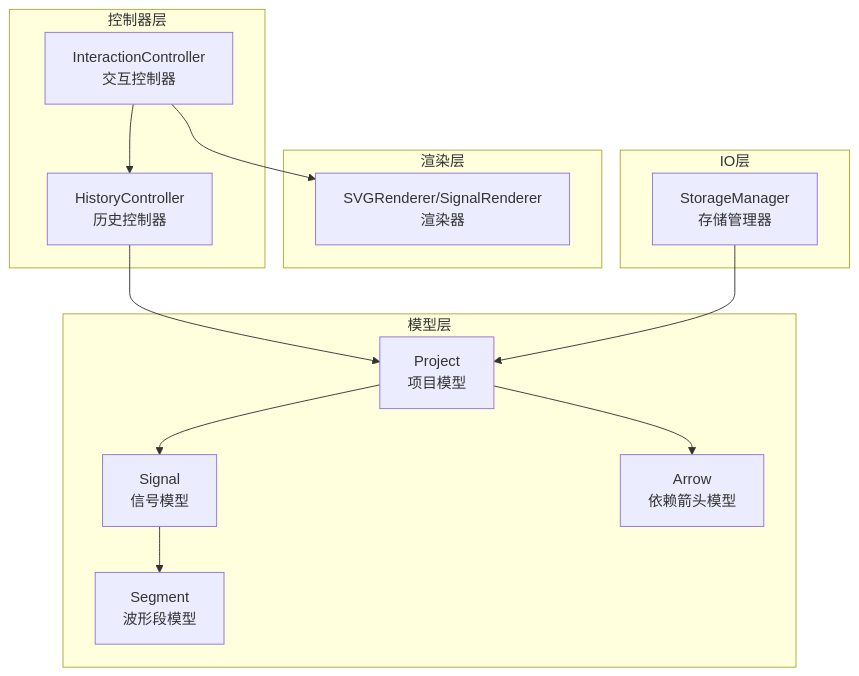
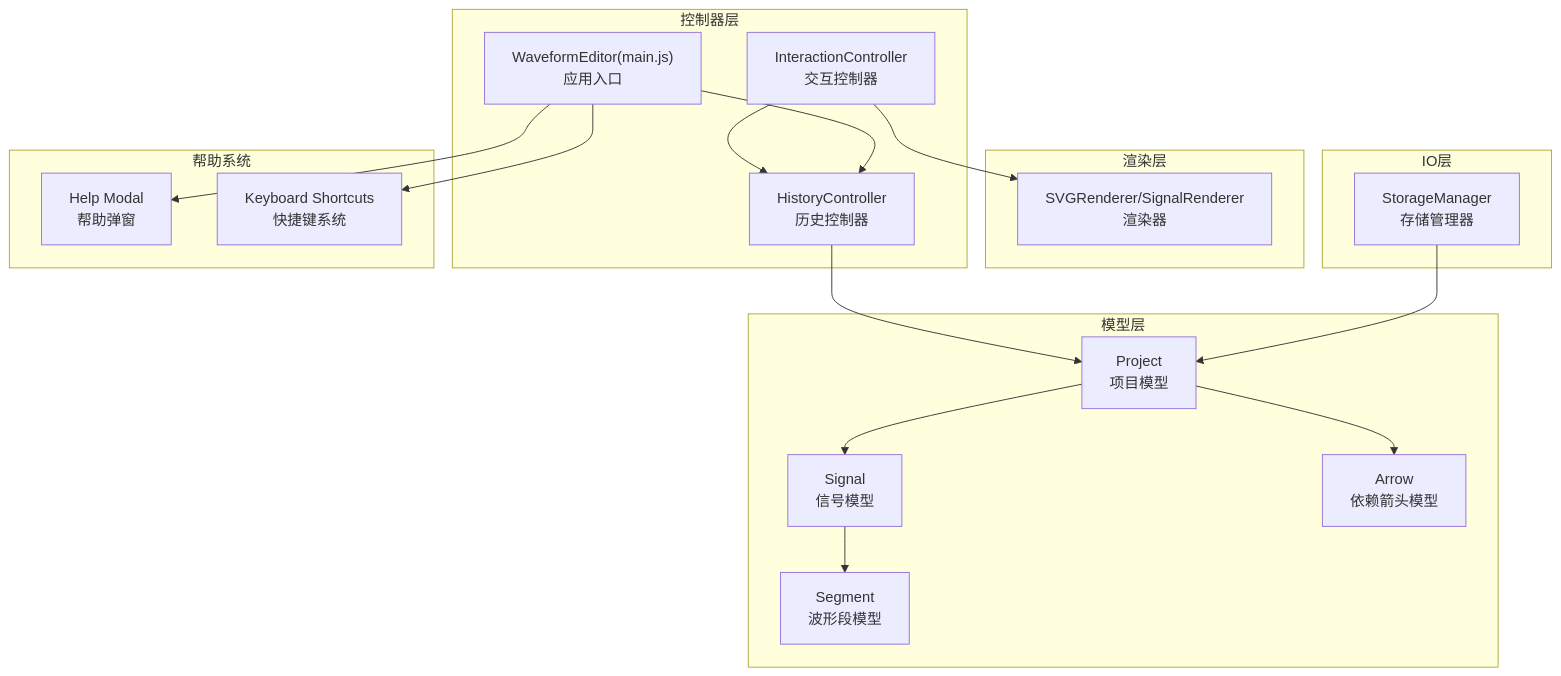
One commit to nht123456/waveform-editor changed the first of 8 diagrams in .qoder/repowiki/zh/content/交互控制系统/历史撤销重做.md. Above: the diagram before and after it, drawn with Mermaid. The commit also changed other lines of this file and 12 other files, not shown here.

````diff
--- a/.qoder/repowiki/zh/content/交互控制系统/历史撤销重做.md
+++ b/.qoder/repowiki/zh/content/交互控制系统/历史撤销重做.md
@@ -40,26 +43,34 @@
 ```mermaid
 graph TB
 subgraph "控制器层"
 HC["HistoryController<br/>历史控制器"]
 IC["InteractionController<br/>交互控制器"]
+WE["WaveformEditor(main.js)<br/>应用入口"]
 end
 subgraph "模型层"
 PJ["Project<br/>项目模型"]
 SG["Signal<br/>信号模型"]
 SM["Segment<br/>波形段模型"]
 AR["Arrow<br/>依赖箭头模型"]
 end
 subgraph "渲染层"
 R["SVGRenderer/SignalRenderer<br/>渲染器"]
 end
 subgraph "IO层"
 ST["StorageManager<br/>存储管理器"]
 end
+subgraph "帮助系统"
+HM["Help Modal<br/>帮助弹窗"]
+HS["Keyboard Shortcuts<br/>快捷键系统"]
+end
 IC --> HC
 HC --> PJ
 PJ --> SG
 SG --> SM
 PJ --> AR
 IC --> R
 ST --> PJ
+WE --> HC
+WE --> HM
+WE --> HS
 ```
````
